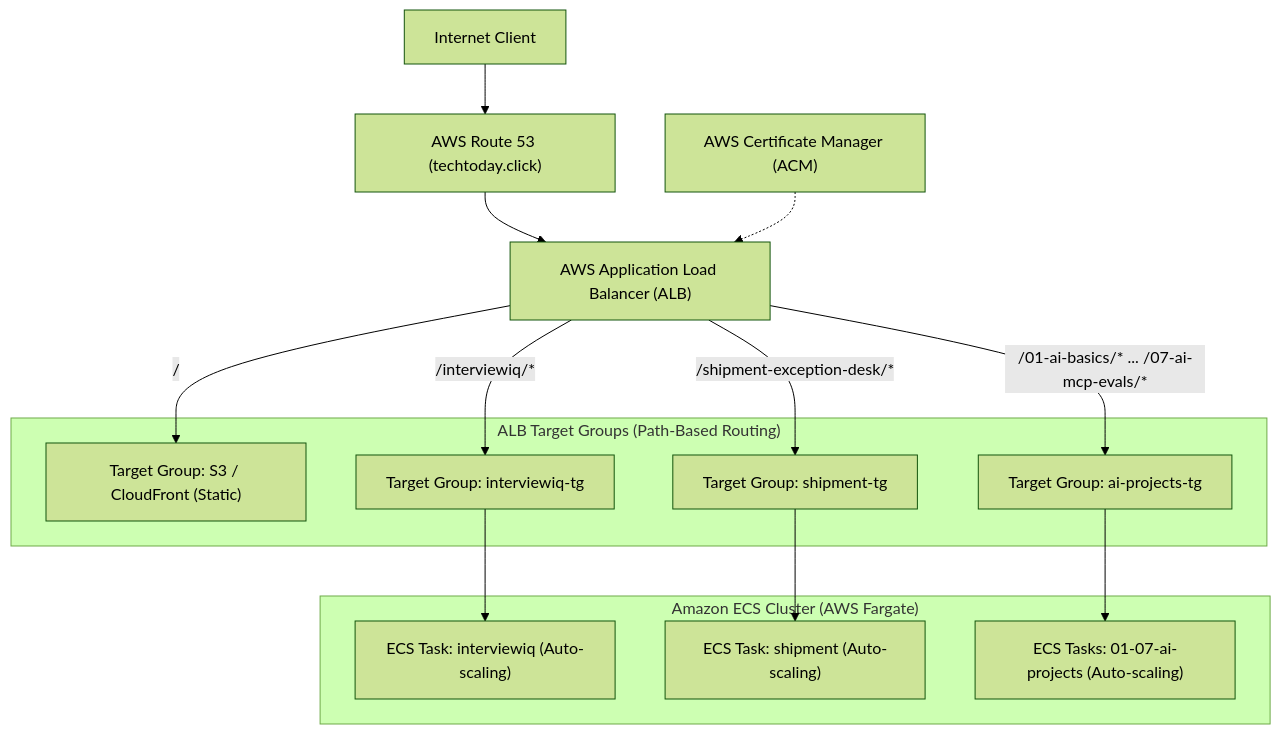
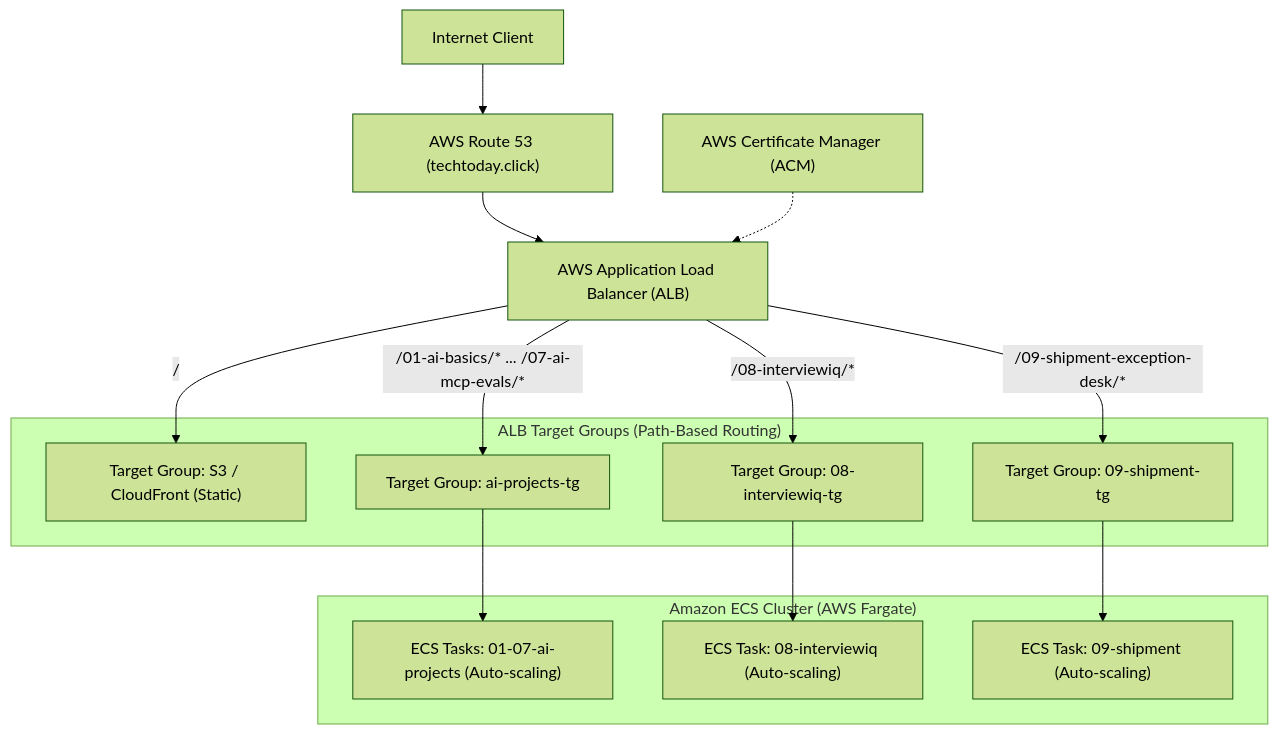
Before and after one commit to pankajspace/ai: the seventh of 7 diagrams in projects/ARCHITECTURE.md, drawn with Mermaid (forest theme). The commit also changed other lines of this file and 8 other files, not shown here.

Commit message:
Update project paths and references for InterviewIQ and Shipment Exception Desk

````diff
--- a/projects/ARCHITECTURE.md
+++ b/projects/ARCHITECTURE.md
@@ -1026,28 +1026,28 @@
 ```mermaid
 flowchart TD
     Client["Internet Client"]
     R53["AWS Route 53 (techtoday.click)"]
     ACM["AWS Certificate Manager (ACM)"]
     ALB["AWS Application Load Balancer (ALB)"]
 
     subgraph TargetGroups["ALB Target Groups (Path-Based Routing)"]
         TG_Static["Target Group: S3 / CloudFront (Static)"]
-        TG_Interview["Target Group: interviewiq-tg"]
-        TG_Shipment["Target Group: shipment-tg"]
         TG_AIProjects["Target Group: ai-projects-tg"]
+        TG_Interview["Target Group: 08-interviewiq-tg"]
+        TG_Shipment["Target Group: 09-shipment-tg"]
     end
 
     subgraph ECS_Cluster["Amazon ECS Cluster (AWS Fargate)"]
-        Task_Interview["ECS Task: interviewiq (Auto-scaling)"]
-        Task_Shipment["ECS Task: shipment (Auto-scaling)"]
         Task_AIProjects["ECS Tasks: 01-07-ai-projects (Auto-scaling)"]
+        Task_Interview["ECS Task: 08-interviewiq (Auto-scaling)"]
+        Task_Shipment["ECS Task: 09-shipment (Auto-scaling)"]
     end
 
     Client --> R53
     R53 --> ALB
     ACM -.-> ALB
-    ALB -- "/interviewiq/*" --> TG_Interview --> Task_Interview
-    ALB -- "/shipment-exception-desk/*" --> TG_Shipment --> Task_Shipment
     ALB -- "/01-ai-basics/* ... /07-ai-mcp-evals/*" --> TG_AIProjects --> Task_AIProjects
+    ALB -- "/08-interviewiq/*" --> TG_Interview --> Task_Interview
+    ALB -- "/09-shipment-exception-desk/*" --> TG_Shipment --> Task_Shipment
     ALB -- "/" --> TG_Static
 ```
````
